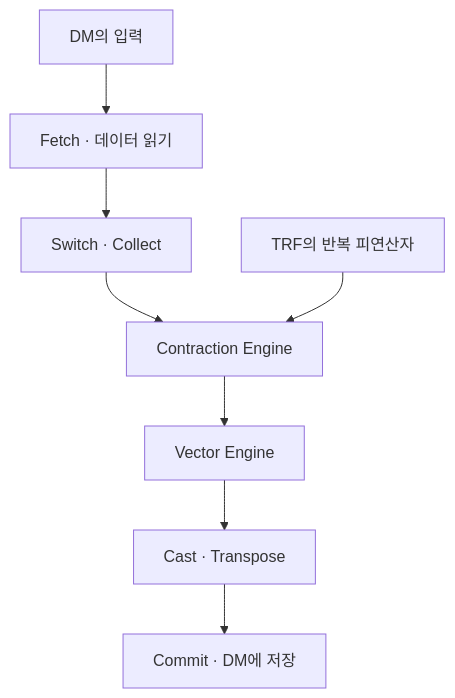
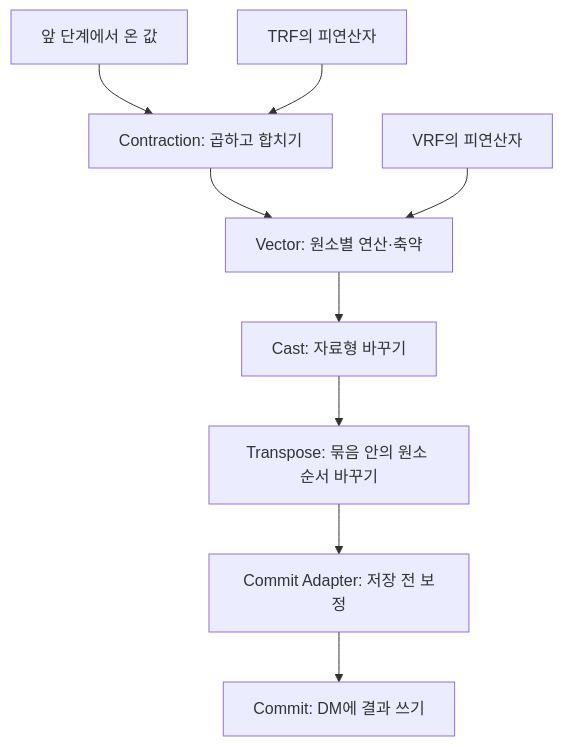
One commit to smallstep-zzz/furyno5-handbook changed the fifth of 5 diagrams in content/01-hardware.md. Above: the diagram before and after it, drawn with Mermaid. The commit also changed other lines of this file and 97 other files, not shown here.

````diff
--- a/content/01-hardware.md
+++ b/content/01-hardware.md
@@ -62,10 +274,11 @@
 ```mermaid
 flowchart TB
-    D["DM의 입력"] --> F["Fetch · 데이터 읽기"]
-    F --> S["Switch · Collect"]
-    S --> C["Contraction Engine"]
-    R["TRF의 반복 피연산자"] --> C
-    C --> V["Vector Engine"]
-    V --> T["Cast · Transpose"]
-    T --> W["Commit · DM에 저장"]
+  S["앞 단계에서 온 값"] --> C["Contraction: 곱하고 합치기"]
+  T["TRF의 피연산자"] --> C
+  C --> V["Vector: 원소별 연산·축약"]
+  R["VRF의 피연산자"] --> V
+  V --> A["Cast: 자료형 바꾸기"]
+  A --> P["Transpose: 묶음 안의 원소 순서 바꾸기"]
+  P --> D["Commit Adapter: 저장 전 보정"]
+  D --> M["Commit: DM에 결과 쓰기"]
 ```
````
